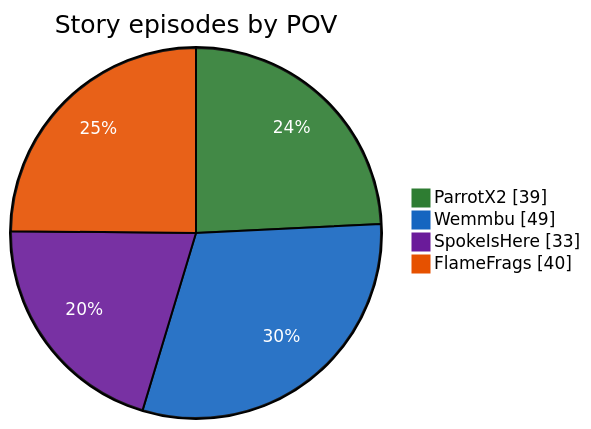
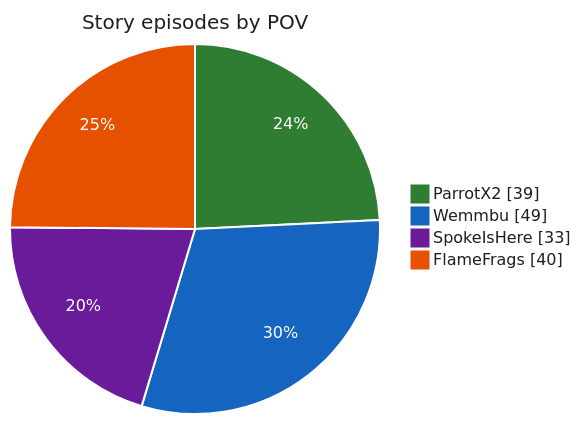
One commit to That1Guy005/Unstable-Wiki changed the diagram in docs/index.md. Above: the diagram before and after it, drawn with Mermaid. The commit also changed other lines of this file and 57 other files, not shown here.

Commit message:
feat: improved readability charts

````diff
--- a/docs/index.md
+++ b/docs/index.md
@@ -80,9 +82,9 @@
 ```mermaid
-%%{init: {"themeVariables": {"pie1": "#2e7d32", "pie2": "#1565c0", "pie3": "#6a1b9a", "pie4": "#e65100", "pieSectionTextColor": "#ffffff", "pieOpacity": "0.9"}}}%%
+%%{init: {"theme": "base", "themeVariables": {"pie1": "#2e7d32", "pie2": "#1565c0", "pie3": "#6a1b9a", "pie4": "#e65100", "fontFamily": "Roboto, Helvetica, Arial, sans-serif", "pieSectionTextColor": "#ffffff", "pieSectionTextSize": "16px", "pieTitleTextColor": "#1f1f1f", "pieTitleTextSize": "20px", "pieLegendTextColor": "#1f1f1f", "pieLegendTextSize": "16px", "pieStrokeColor": "#ffffff", "pieStrokeWidth": "2px", "pieOuterStrokeWidth": "0px", "pieOpacity": "1"}, "themeCSS": ".legend text{fill:#1f1f1f !important;font-size:16px !important} .pieTitleText{fill:#1f1f1f !important}"}}%%
 pie showData
     title Story episodes by POV
     "ParrotX2" : 39
     "Wemmbu" : 49
     "SpokeIsHere" : 33
     "FlameFrags" : 40
 ```
````
